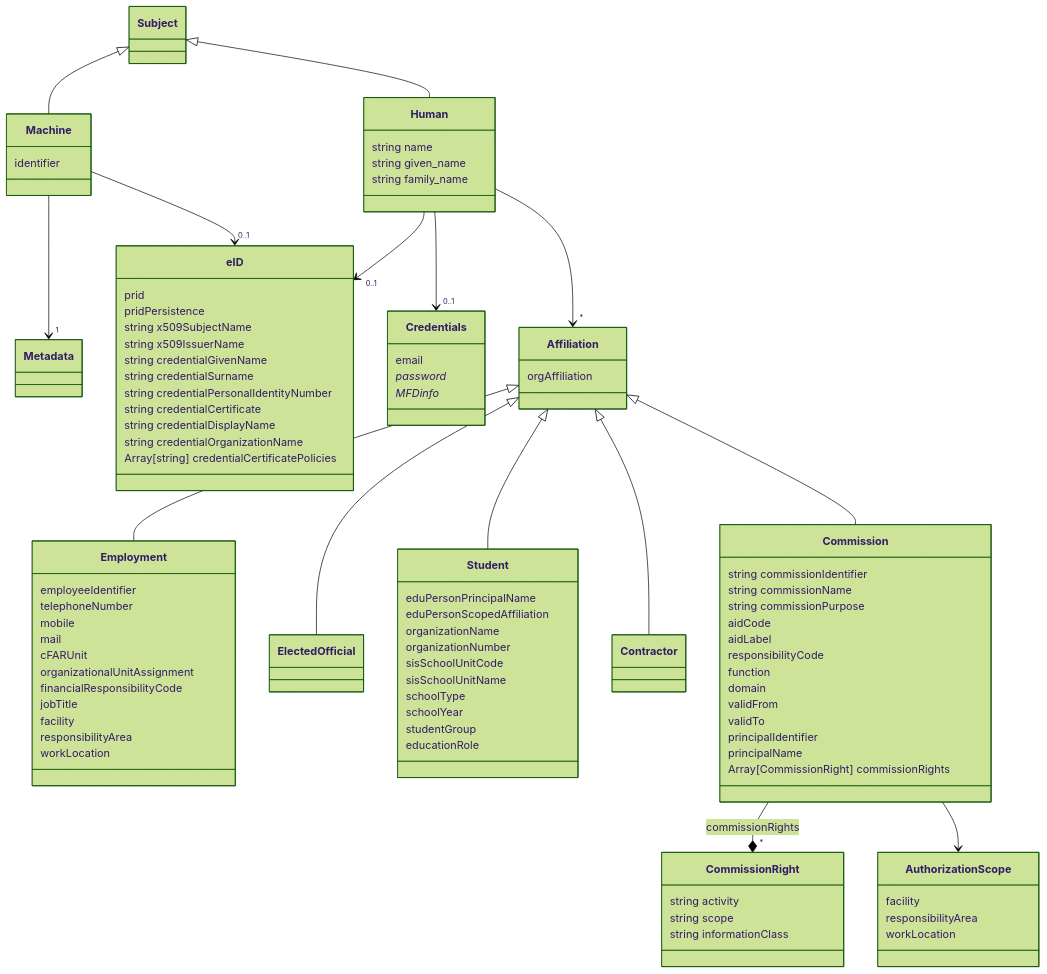
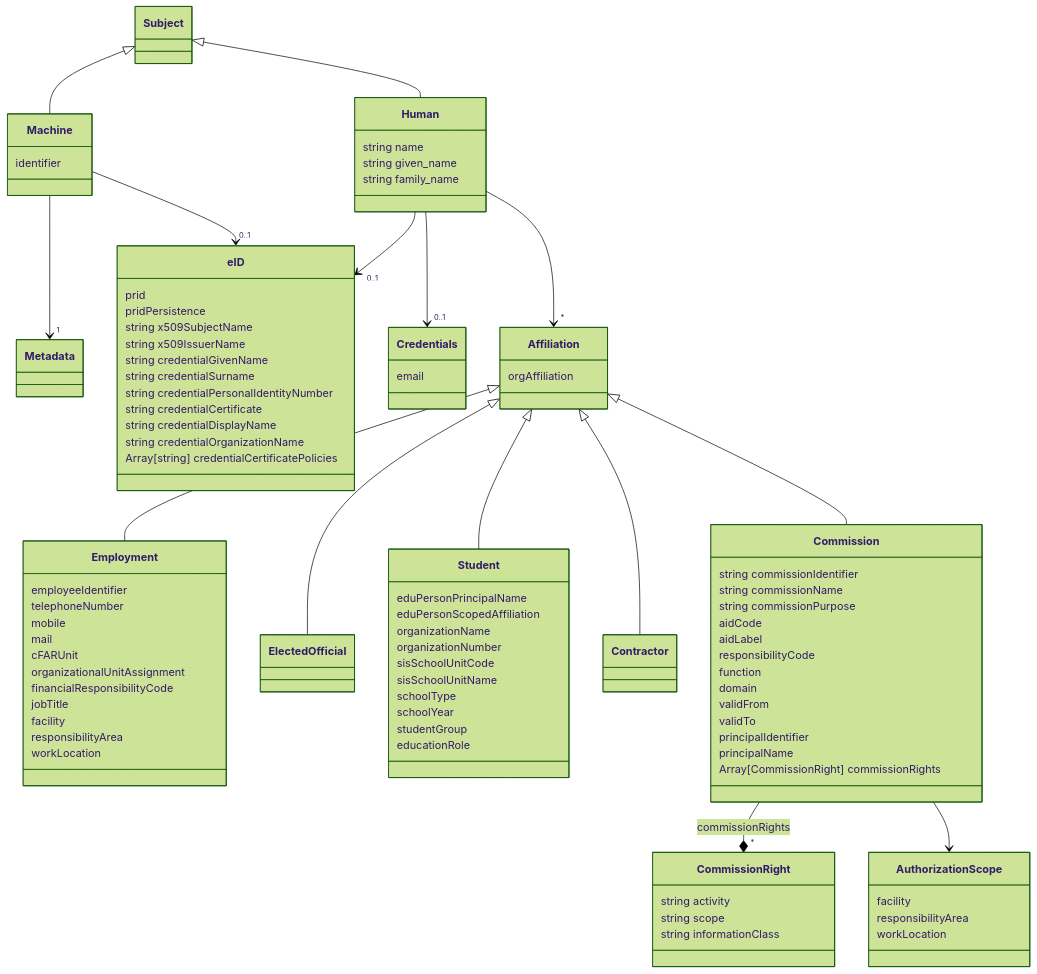
One commit to anders-malmros-inera/t2mmd changed the first of 3 diagrams in SIB/claims_model.md. Above: the diagram before and after it, drawn with Mermaid (forest theme).

Commit message:
Remove password and MFDinfo attributes from Credentials class in claims model

```diff
--- a/SIB/claims_model.md
+++ b/SIB/claims_model.md
@@ -38,8 +38,6 @@
 
     class Credentials{
         email
-        _password_
-        _MFDinfo_
     }
     Human --> "0..1" Credentials
 
```
